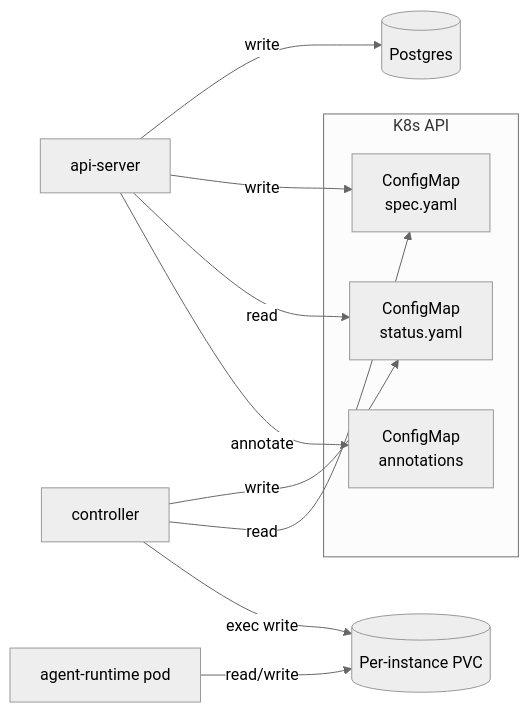
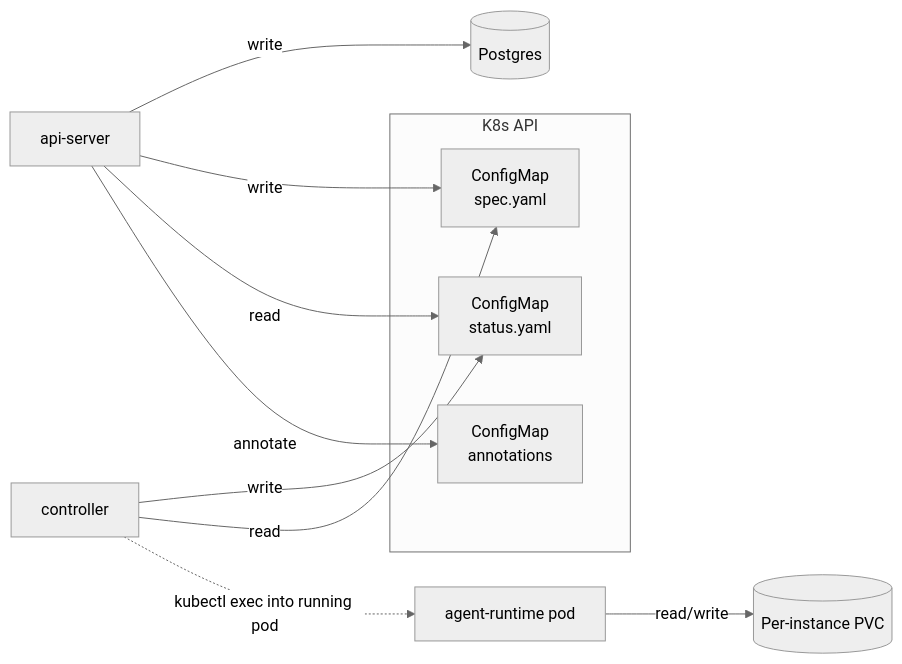
The diagram in docs/architecture/persistence.md (kagenti/humr), drawn with Mermaid (neutral theme) before and after one commit. The commit also changed other lines of this file, not shown here.

Commit message:
docs(architecture): clarify trigger delivery is via exec into running pod

````diff
--- a/docs/architecture/persistence.md
+++ b/docs/architecture/persistence.md
@@ -28,27 +28,27 @@
 ```mermaid
 flowchart LR
   api-server[api-server]
   controller[controller]
   agent-runtime[agent-runtime pod]
 
   postgres[(Postgres)]
 
   subgraph k8s[K8s API]
     cm-spec[ConfigMap<br/>spec.yaml]
     cm-status[ConfigMap<br/>status.yaml]
     cm-anno[ConfigMap<br/>annotations]
   end
 
   pvc[(Per-instance PVC)]
 
   api-server -->|write| postgres
   api-server -->|write| cm-spec
   api-server -->|read| cm-status
   api-server -->|annotate| cm-anno
 
   controller -->|write| cm-status
   controller -->|read| cm-spec
-  controller -->|exec write| pvc
+  controller -.kubectl exec into running pod.-> agent-runtime
 
   agent-runtime -->|read/write| pvc
 ```
````
